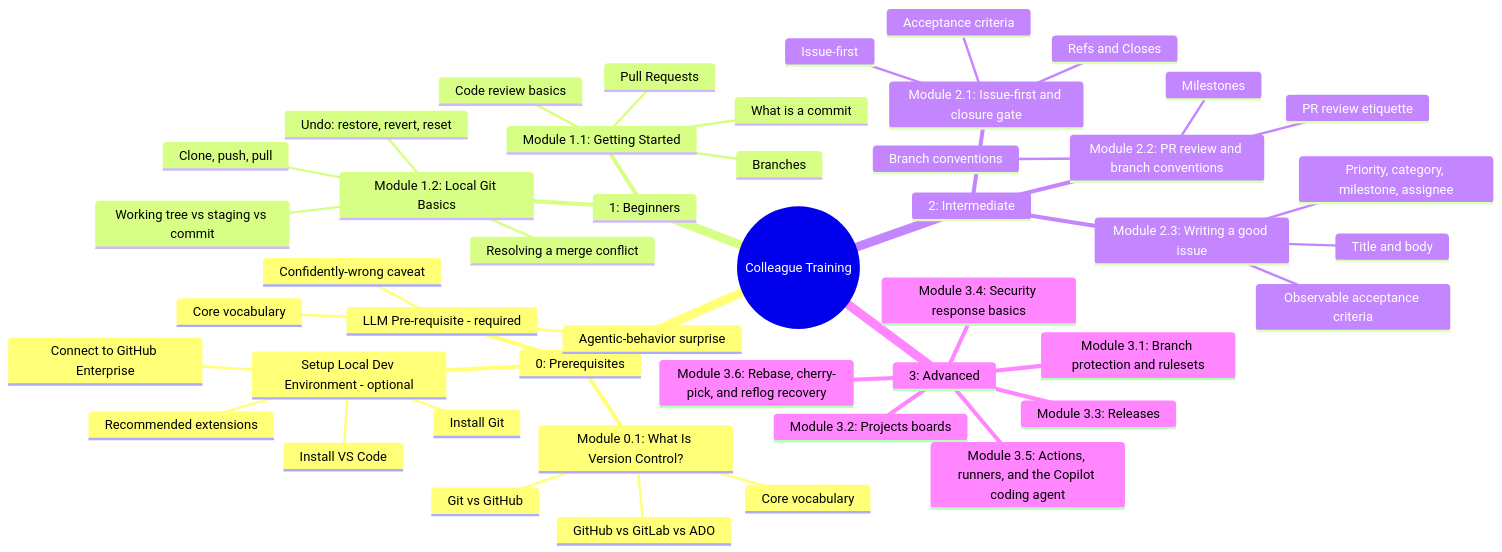
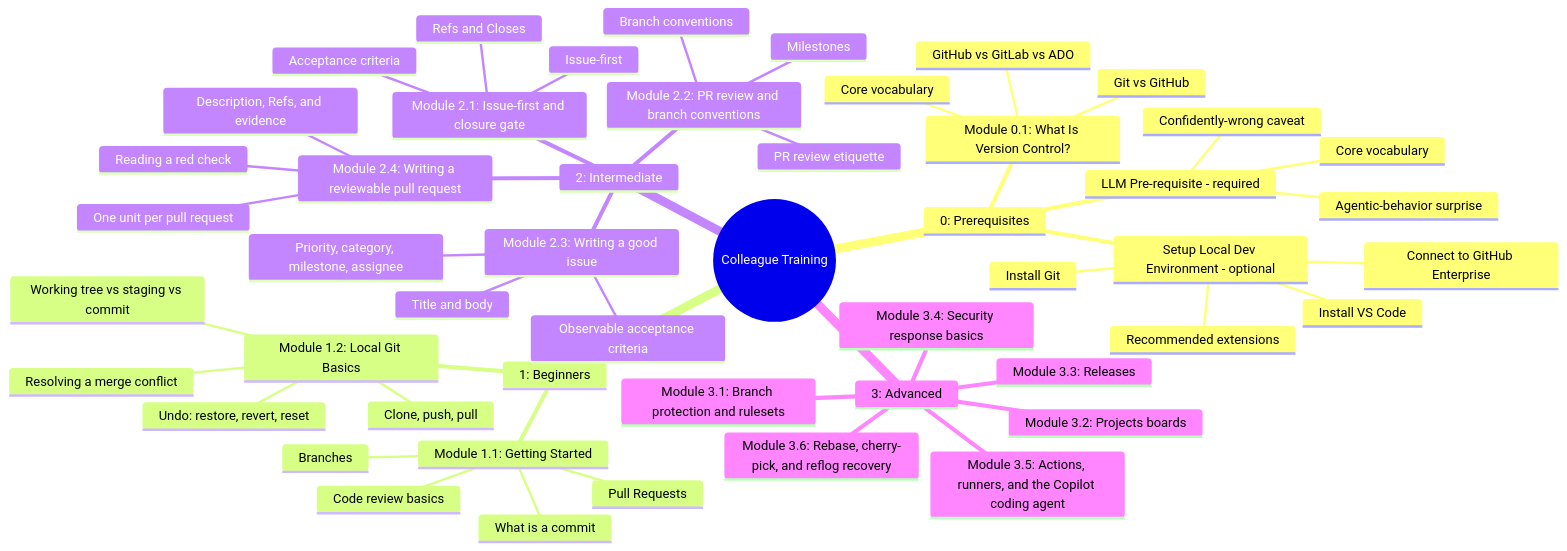
The second of 2 diagrams in education/README.md (JeanKadang/DOC-GitHub-Practice-Skills), drawn with Mermaid before and after one commit. The commit also changed other lines of this file and 3 other files, not shown here.

First line of the commit message:
docs: add Module 2.4, writing a reviewable pull request

````diff
--- a/education/README.md
+++ b/education/README.md
@@ -98,49 +100,53 @@
 ```mermaid
 mindmap
   root((Colleague Training))
     0: Prerequisites
       Module 0.1: What Is Version Control?
         Git vs GitHub
         Core vocabulary
         GitHub vs GitLab vs ADO
       LLM Pre-requisite - required
         Core vocabulary
         Agentic-behavior surprise
         Confidently-wrong caveat
       Setup Local Dev Environment - optional
         Install Git
         Install VS Code
         Connect to GitHub Enterprise
         Recommended extensions
     1: Beginners
       Module 1.1: Getting Started
         What is a commit
         Branches
         Pull Requests
         Code review basics
       Module 1.2: Local Git Basics
         Working tree vs staging vs commit
         Clone, push, pull
         Resolving a merge conflict
         Undo: restore, revert, reset
     2: Intermediate
       Module 2.1: Issue-first and closure gate
         Issue-first
         Refs and Closes
         Acceptance criteria
       Module 2.2: PR review and branch conventions
         PR review etiquette
         Branch conventions
         Milestones
       Module 2.3: Writing a good issue
         Title and body
         Observable acceptance criteria
         Priority, category, milestone, assignee
+      Module 2.4: Writing a reviewable pull request
+        One unit per pull request
+        Description, Refs, and evidence
+        Reading a red check
     3: Advanced
       Module 3.1: Branch protection and rulesets
       Module 3.2: Projects boards
       Module 3.3: Releases
       Module 3.4: Security response basics
       Module 3.5: Actions, runners, and the Copilot coding agent
       Module 3.6: Rebase, cherry-pick, and reflog recovery
 ```
````
